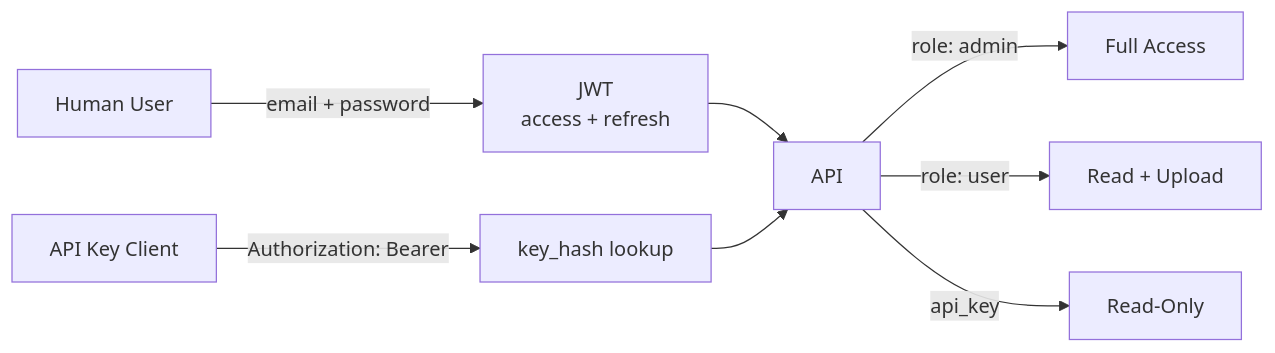
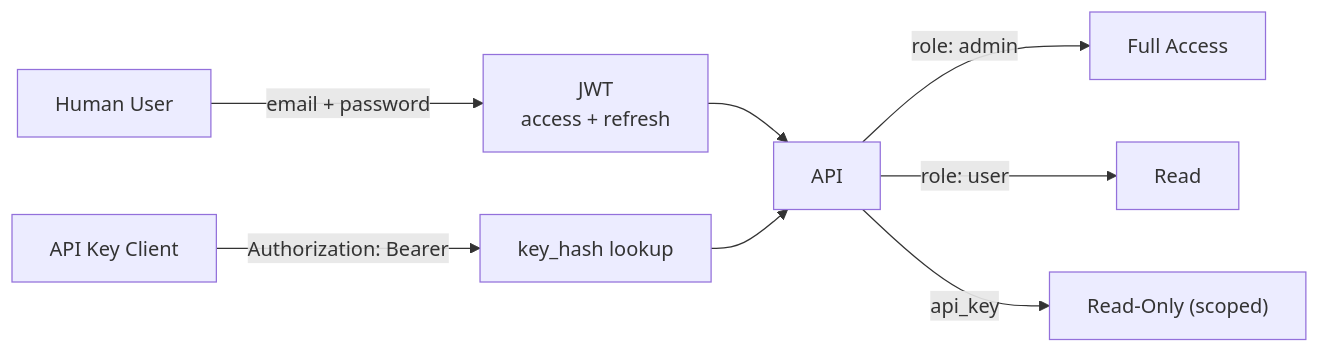
The seventh of 7 diagrams in docs/architecture.md (r0shi/harborclerk), drawn with Mermaid before and after one commit. The commit also changed other lines of this file and 2 other files, not shown here.

````diff
--- a/docs/architecture.md
+++ b/docs/architecture.md
@@ -191,15 +226,15 @@
 ```mermaid
 graph LR
     human["Human User"]
     apikey["API Key Client"]
 
     human -- "email + password" --> jwt["JWT<br/>access + refresh"]
     apikey -- "Authorization: Bearer" --> hash["key_hash lookup"]
 
     jwt --> api["API"]
     hash --> api
 
     api -- "role: admin" --> full["Full Access"]
-    api -- "role: user" --> limited["Read + Upload"]
-    api -- "api_key" --> readonly["Read-Only"]
+    api -- "role: user" --> limited["Read"]
+    api -- "api_key" --> readonly["Read-Only (scoped)"]
 ```
````
